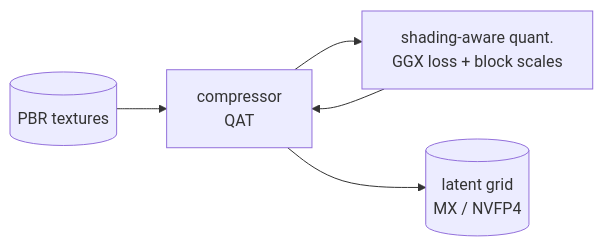
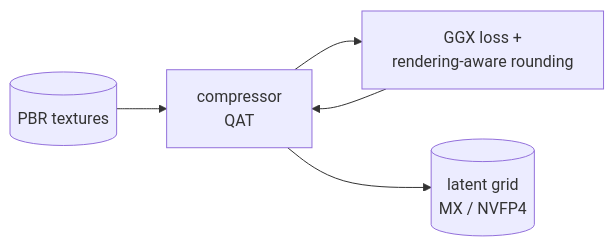
Before and after one commit to Rakanic/sixteen-lion: the sixth of 11 diagrams in .claude/project-log.md, drawn with Mermaid. The commit also changed other lines of this file and 30 other files, not shown here.

````diff
--- a/.claude/project-log.md
+++ b/.claude/project-log.md
@@ -196,7 +201,7 @@
 ```mermaid
 flowchart LR
   TEX[("PBR textures")] --> CMP["compressor<br/>QAT"]
-  CMP --> SL["shading-aware quant.<br/>GGX loss + block scales"]
+  CMP --> SL["GGX loss +<br/>rendering-aware rounding"]
   SL --> CMP
   CMP --> LAT[("latent grid<br/>MX / NVFP4")]
 ```
````
